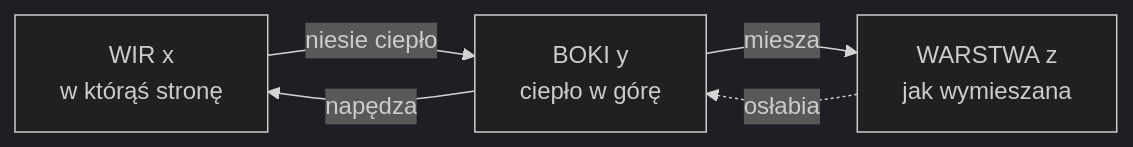
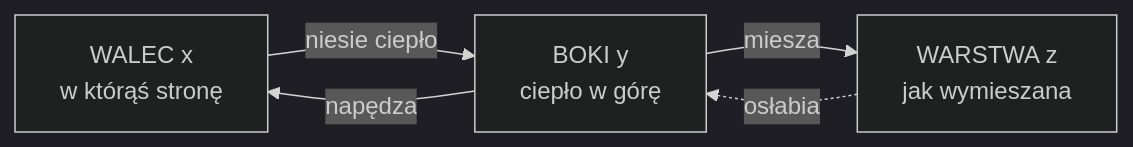
One commit to konradcinkusz/chaos-theory-for-dummies changed the diagram in figures/mermaid/pl/ch09-feedback.mmd. Above: the diagram before and after it, drawn with Mermaid (dark theme). The commit also changed 21 other files, not shown here.

```diff
--- a/figures/mermaid/pl/ch09-feedback.mmd
+++ b/figures/mermaid/pl/ch09-feedback.mmd
@@ -1,5 +1,5 @@
 flowchart LR
-  X["WIR x<br/>w którąś stronę"] -- "niesie ciepło" --> Y["BOKI y<br/>ciepło w górę"]
+  X["WALEC x<br/>w którąś stronę"] -- "niesie ciepło" --> Y["BOKI y<br/>ciepło w górę"]
   Y -- "napędza" --> X
   Y -- "miesza" --> Z["WARSTWA z<br/>jak wymieszana"]
   Z -. "osłabia" .-> Y
```
